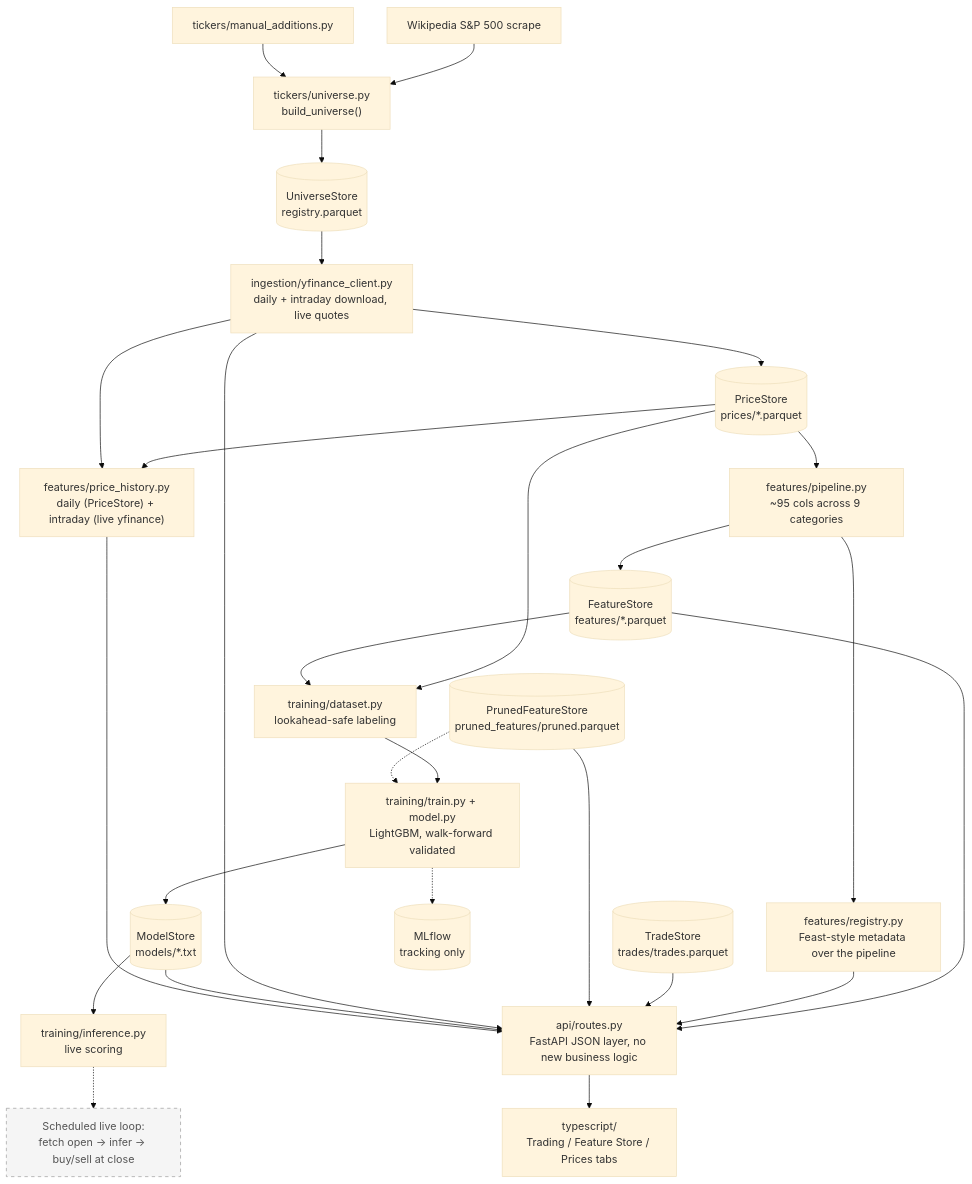
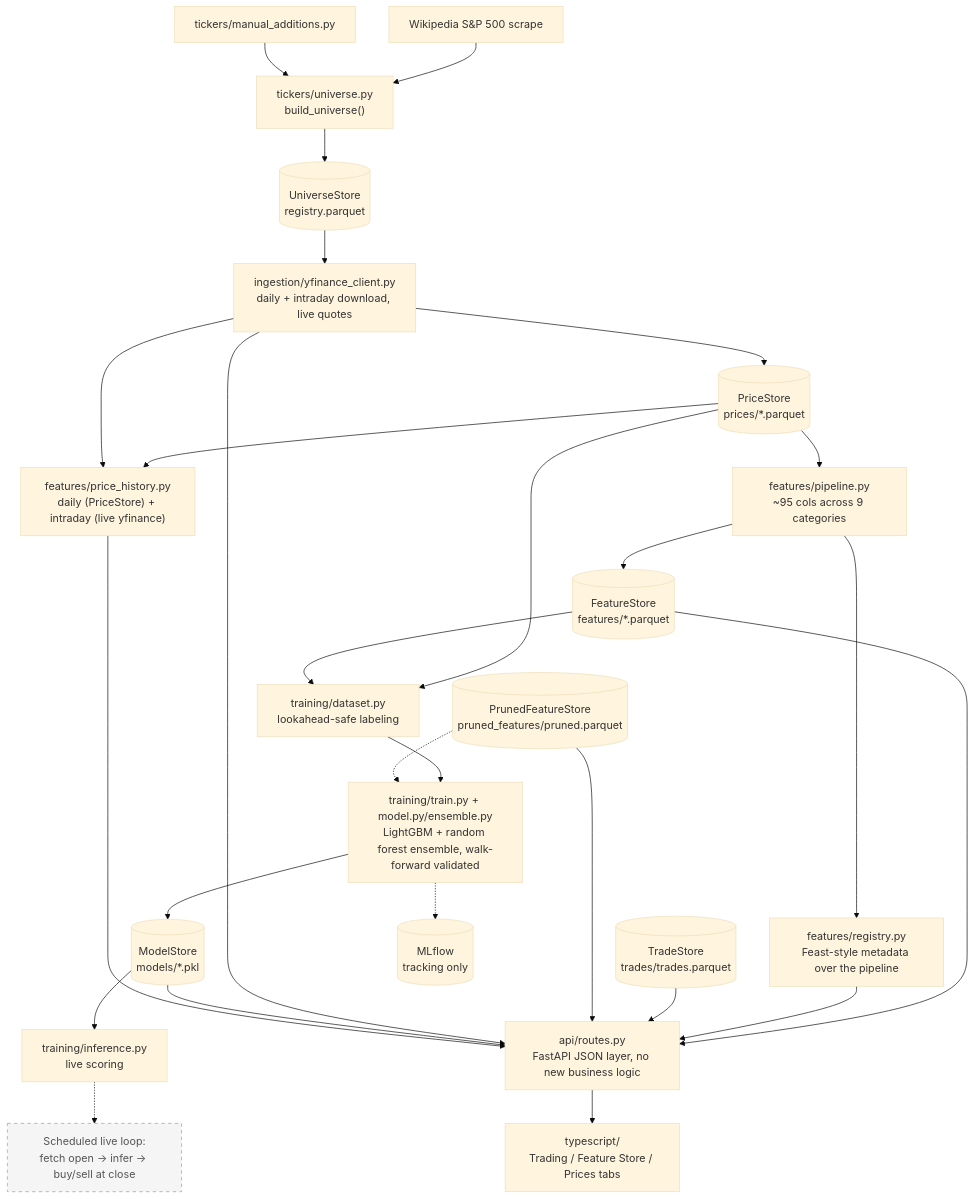
Before and after one commit to fartzy/stock-picker: the diagram in README.md, drawn with Mermaid (base theme). The commit also changed other lines of this file and 21 other files, not shown here.

First line of the commit message:
Add a modular model layer and ensembling (LightGBM + random forest) (#13)

````diff
--- a/README.md
+++ b/README.md
@@ -12,59 +13,59 @@
 ```mermaid
 flowchart TB
     WIKI["Wikipedia S&amp;P 500 scrape"]
     MANUAL["tickers/manual_additions.py"]
     BUILDUNIV["tickers/universe.py<br/>build_universe()"]
     YF["ingestion/yfinance_client.py<br/>daily + intraday download, live quotes"]
 
     US[("UniverseStore<br/>registry.parquet")]
     PS[("PriceStore<br/>prices/*.parquet")]
     FS[("FeatureStore<br/>features/*.parquet")]
-    MS[("ModelStore<br/>models/*.txt")]
+    MS[("ModelStore<br/>models/*.pkl")]
     TS[("TradeStore<br/>trades/trades.parquet")]
     PFS[("PrunedFeatureStore<br/>pruned_features/pruned.parquet")]
 
     FEATPIPE["features/pipeline.py<br/>~95 cols across 9 categories"]
     REGISTRY["features/registry.py<br/>Feast-style metadata over the pipeline"]
 
     DATASET["training/dataset.py<br/>lookahead-safe labeling"]
-    TRAIN["training/train.py + model.py<br/>LightGBM, walk-forward validated"]
+    TRAIN["training/train.py + model.py/ensemble.py<br/>LightGBM + random forest ensemble, walk-forward validated"]
     INFER["training/inference.py<br/>live scoring"]
     MLFLOW[("MLflow<br/>tracking only")]
 
     API["api/routes.py<br/>FastAPI JSON layer, no new business logic"]
     WEB["typescript/<br/>Trading / Feature Store / Prices tabs"]
     PRICEHIST["features/price_history.py<br/>daily (PriceStore) + intraday (live yfinance)"]
 
     WIKI --> BUILDUNIV
     MANUAL --> BUILDUNIV
     BUILDUNIV --> US
     US --> YF
     YF --> PS
     PS --> FEATPIPE
     FEATPIPE --> FS
     PS --> DATASET
     FS --> DATASET
     DATASET --> TRAIN
     TRAIN --> MS
     TRAIN -.-> MLFLOW
     MS --> INFER
     PFS -.-> TRAIN
     FEATPIPE --> REGISTRY
     FS --> API
     REGISTRY --> API
     TS --> API
     PFS --> API
     YF --> API
     MS --> API
     PS --> PRICEHIST
     YF --> PRICEHIST
     PRICEHIST --> API
     API --> WEB
 
     LIVE["Scheduled live loop:<br/>fetch open -> infer -> buy/sell at close"]
 
     INFER -.-> LIVE
 
     classDef planned stroke-dasharray: 5 5,fill:#f5f5f5,stroke:#999,color:#555;
     class LIVE planned;
 ```
````
